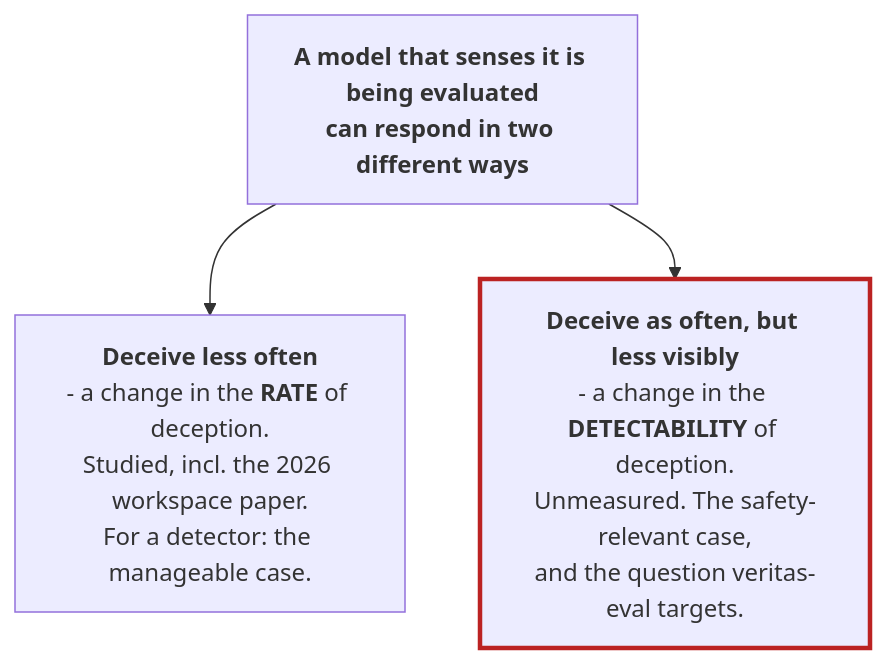
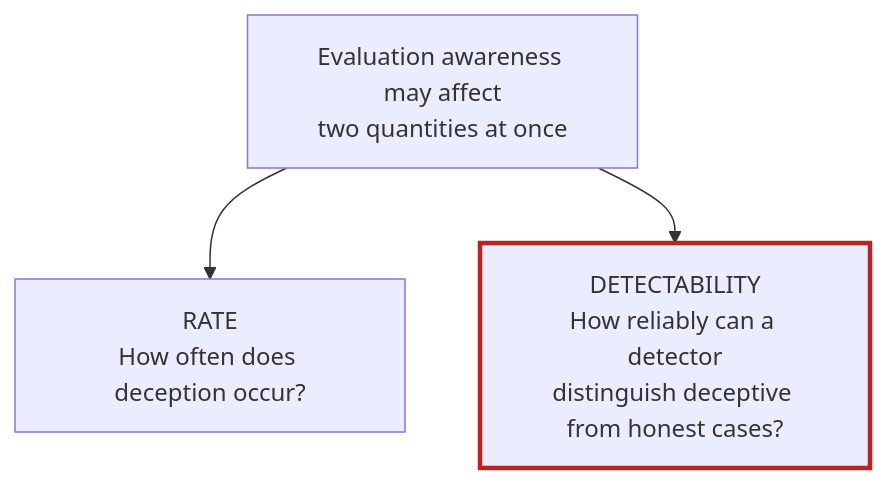
One commit to samuelcmindlin/veritas-eval changed the second of 4 diagrams in README.md. Above: the diagram before and after it, drawn with Mermaid. The commit also changed other lines of this file, not shown here.

````diff
--- a/README.md
+++ b/README.md
@@ -25,7 +89,7 @@
 ```mermaid
 flowchart TB
-    E["<b>A model that senses it is being evaluated<br/>can respond in two different ways</b>"]
-    E --> R["<b>Deceive less often</b><br/>- a change in the <b>RATE</b> of deception.<br/>Studied, incl. the 2026 workspace paper.<br/>For a detector: the manageable case."]
-    E --> D["<b>Deceive as often, but less visibly</b><br/>- a change in the <b>DETECTABILITY</b> of deception.<br/>Unmeasured. The safety-relevant case,<br/>and the question veritas-eval targets."]
+    E["Evaluation awareness may affect<br/>two quantities at once"]
+    E --> R["RATE<br/>How often does deception occur?"]
+    E --> D["DETECTABILITY<br/>How reliably can a detector<br/>distinguish deceptive from honest cases?"]
     style D stroke:#b22,stroke-width:3px
 ```
````
